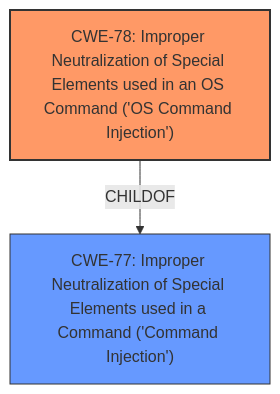
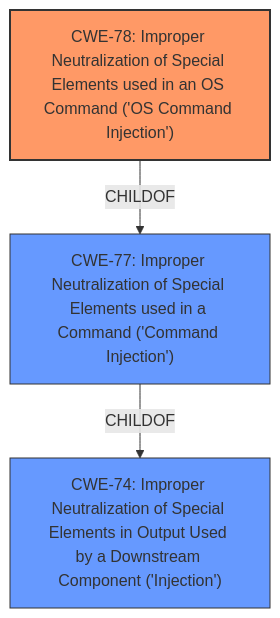
The diagram in CVE-2021-45382/CVE-2021-45382_analysis.md (CyberSecAI/cwe_agent_assign_reports_2023), drawn with Mermaid before and after one commit. The commit also changed other lines of this file and 902 other files, not shown here.

````diff
--- a/CVE-2021-45382/CVE-2021-45382_analysis.md
+++ b/CVE-2021-45382/CVE-2021-45382_analysis.md
@@ -17,13 +18,15 @@
 ```mermaid
 graph TD
     cwe78["CWE-78: Improper Neutralization of Special Elements used in an OS Command ('OS Command Injection')"]
     cwe77["CWE-77: Improper Neutralization of Special Elements used in a Command ('Command Injection')"]
+    cwe74["CWE-74: Improper Neutralization of Special Elements in Output Used by a Downstream Component ('Injection')"]
     
     cwe78 -->|CHILDOF| cwe77
+    cwe77 -->|CHILDOF| cwe74
     
     classDef primary fill:#f96,stroke:#333,stroke-width:2px
     classDef secondary fill:#69f,stroke:#333
-    
+    classDef tertiary fill:#9e9,stroke:#333
     class cwe78 primary
-    class cwe77 secondary
+    class cwe77,cwe74 secondary
 ```
````
